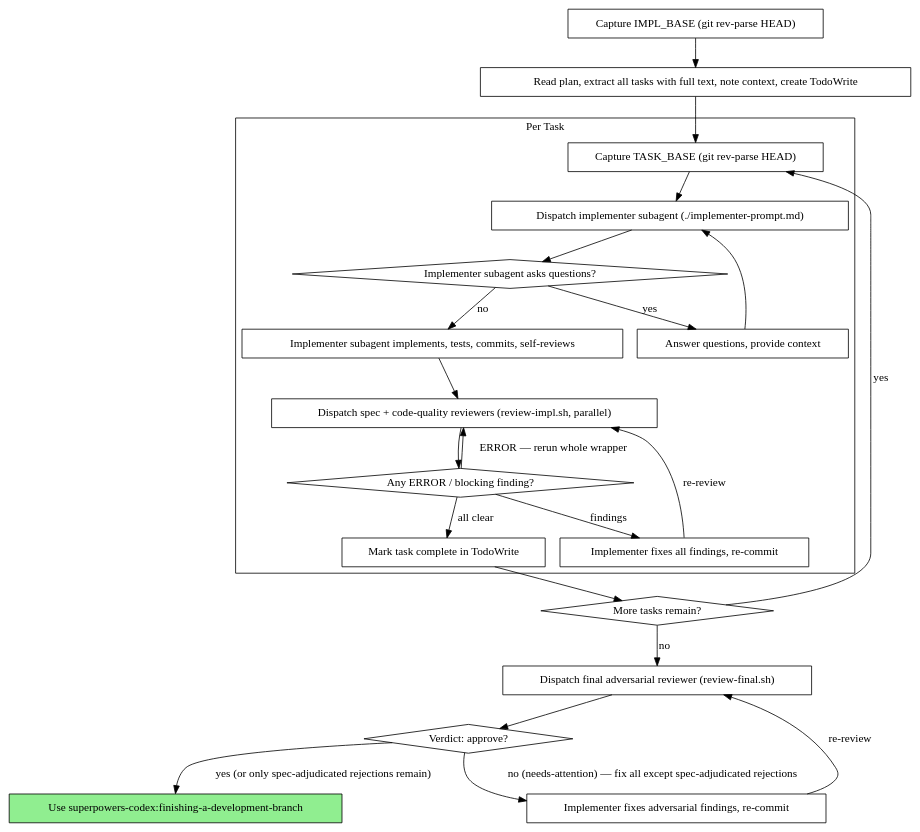
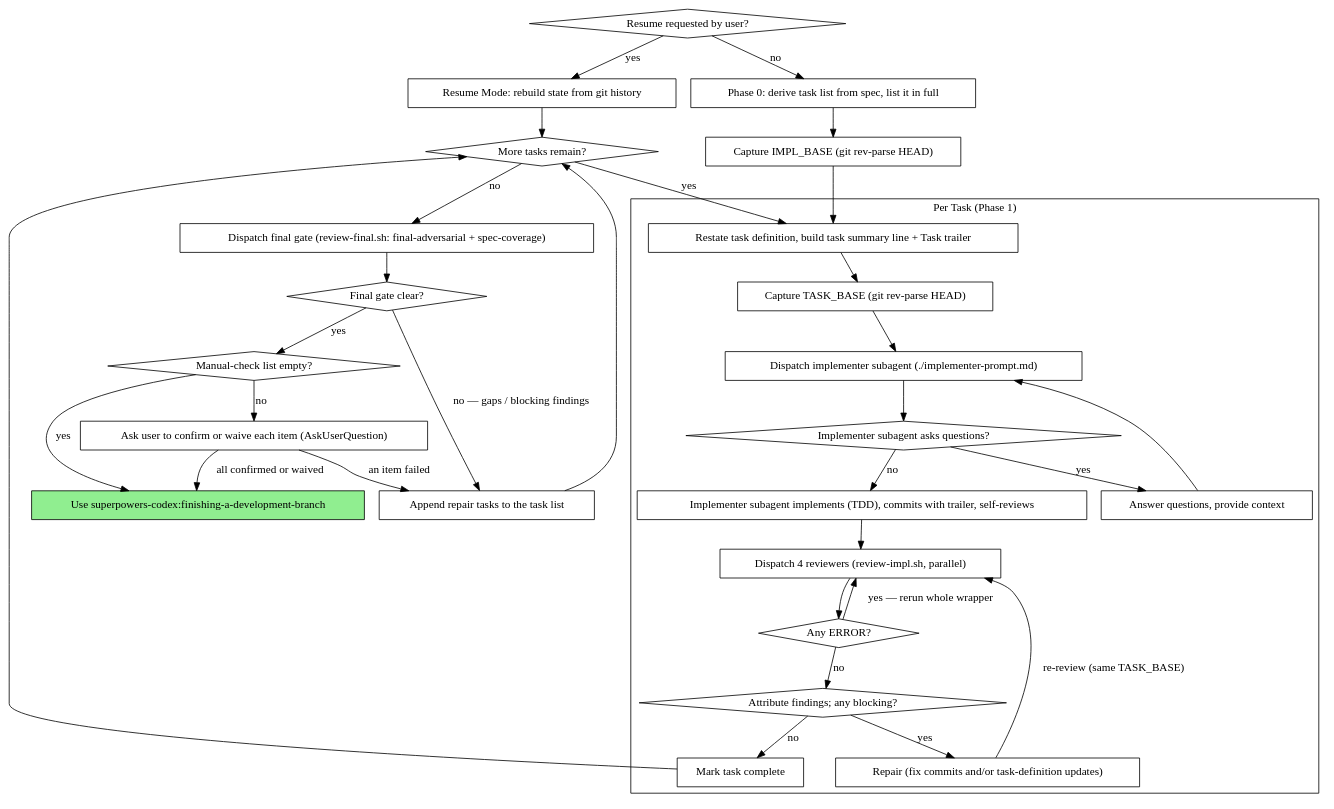
Before and after one commit to stu43005/superpowers-codex: the second of 2 diagrams in skills/subagent-driven-development/SKILL.md, drawn with Graphviz. The commit also changed other lines of this file, not shown here.

First line of the commit message:
feat!: execute approved specs directly without an implementation plan

````diff
--- a/skills/subagent-driven-development/SKILL.md
+++ b/skills/subagent-driven-development/SKILL.md
@@ -34,47 +43,62 @@
 ```dot
 digraph process {
     rankdir=TB;
 
     subgraph cluster_per_task {
-        label="Per Task";
+        label="Per Task (Phase 1)";
+        "Restate task definition, build task summary line + Task trailer" [shape=box];
         "Capture TASK_BASE (git rev-parse HEAD)" [shape=box];
         "Dispatch implementer subagent (./implementer-prompt.md)" [shape=box];
         "Implementer subagent asks questions?" [shape=diamond];
         "Answer questions, provide context" [shape=box];
-        "Implementer subagent implements, tests, commits, self-reviews" [shape=box];
-        "Dispatch spec + code-quality reviewers (review-impl.sh, parallel)" [shape=box];
-        "Any ERROR / blocking finding?" [shape=diamond];
-        "Implementer fixes all findings, re-commit" [shape=box];
-        "Mark task complete in TodoWrite" [shape=box];
+        "Implementer subagent implements (TDD), commits with trailer, self-reviews" [shape=box];
+        "Dispatch 4 reviewers (review-impl.sh, parallel)" [shape=box];
+        "Any ERROR?" [shape=diamond];
+        "Attribute findings; any blocking?" [shape=diamond];
+        "Repair (fix commits and/or task-definition updates)" [shape=box];
+        "Mark task complete" [shape=box];
     }
 
+    "Resume requested by user?" [shape=diamond];
+    "Resume Mode: rebuild state from git history" [shape=box];
+    "Phase 0: derive task list from spec, list it in full" [shape=box];
     "Capture IMPL_BASE (git rev-parse HEAD)" [shape=box];
-    "Read plan, extract all tasks with full text, note context, create TodoWrite" [shape=box];
     "More tasks remain?" [shape=diamond];
-    "Dispatch final adversarial reviewer (review-final.sh)" [shape=box];
-    "Verdict: approve?" [shape=diamond];
-    "Implementer fixes adversarial findings, re-commit" [shape=box];
+    "Dispatch final gate (review-final.sh: final-adversarial + spec-coverage)" [shape=box];
+    "Final gate clear?" [shape=diamond];
+    "Append repair tasks to the task list" [shape=box];
+    "Manual-check list empty?" [shape=diamond];
+    "Ask user to confirm or waive each item (AskUserQuestion)" [shape=box];
     "Use superpowers-codex:finishing-a-development-branch" [shape=box style=filled fillcolor=lightgreen];
 
-    "Capture IMPL_BASE (git rev-parse HEAD)" -> "Read plan, extract all tasks with full text, note context, create TodoWrite";
-    "Read plan, extract all tasks with full text, note context, create TodoWrite" -> "Capture TASK_BASE (git rev-parse HEAD)";
+    "Resume requested by user?" -> "Phase 0: derive task list from spec, list it in full" [label="no"];
+    "Resume requested by user?" -> "Resume Mode: rebuild state from git history" [label="yes"];
+    "Resume Mode: rebuild state from git history" -> "More tasks remain?";
+    "Phase 0: derive task list from spec, list it in full" -> "Capture IMPL_BASE (git rev-parse HEAD)";
+    "Capture IMPL_BASE (git rev-parse HEAD)" -> "Restate task definition, build task summary line + Task trailer";
+    "Restate task definition, build task summary line + Task trailer" -> "Capture TASK_BASE (git rev-parse HEAD)";
     "Capture TASK_BASE (git rev-parse HEAD)" -> "Dispatch implementer subagent (./implementer-prompt.md)";
     "Dispatch implementer subagent (./implementer-prompt.md)" -> "Implementer subagent asks questions?";
     "Implementer subagent asks questions?" -> "Answer questions, provide context" [label="yes"];
     "Answer questions, provide context" -> "Dispatch implementer subagent (./implementer-prompt.md)";
-    "Implementer subagent asks questions?" -> "Implementer subagent implements, tests, commits, self-reviews" [label="no"];
-    "Implementer subagent implements, tests, commits, self-reviews" -> "Dispatch spec + code-quality reviewers (review-impl.sh, parallel)";
-    "Dispatch spec + code-quality reviewers (review-impl.sh, parallel)" -> "Any ERROR / blocking finding?";
-    "Any ERROR / blocking finding?" -> "Dispatch spec + code-quality reviewers (review-impl.sh, parallel)" [label="ERROR — rerun whole wrapper"];
-    "Any ERROR / blocking finding?" -> "Implementer fixes all findings, re-commit" [label="findings"];
-    "Implementer fixes all findings, re-commit" -> "Dispatch spec + code-quality reviewers (review-impl.sh, parallel)" [label="re-review"];
-    "Any ERROR / blocking finding?" -> "Mark task complete in TodoWrite" [label="all clear"];
-    "Mark task complete in TodoWrite" -> "More tasks remain?";
-    "More tasks remain?" -> "Capture TASK_BASE (git rev-parse HEAD)" [label="yes"];
-    "More tasks remain?" -> "Dispatch final adversarial reviewer (review-final.sh)" [label="no"];
-    "Dispatch final adversarial reviewer (review-final.sh)" -> "Verdict: approve?";
-    "Verdict: approve?" -> "Implementer fixes adversarial findings, re-commit" [label="no (needs-attention) — fix all except spec-adjudicated rejections"];
-    "Implementer fixes adversarial findings, re-commit" -> "Dispatch final adversarial reviewer (review-final.sh)" [label="re-review"];
-    "Verdict: approve?" -> "Use superpowers-codex:finishing-a-development-branch" [label="yes (or only spec-adjudicated rejections remain)"];
+    "Implementer subagent asks questions?" -> "Implementer subagent implements (TDD), commits with trailer, self-reviews" [label="no"];
+    "Implementer subagent implements (TDD), commits with trailer, self-reviews" -> "Dispatch 4 reviewers (review-impl.sh, parallel)";
+    "Dispatch 4 reviewers (review-impl.sh, parallel)" -> "Any ERROR?";
+    "Any ERROR?" -> "Dispatch 4 reviewers (review-impl.sh, parallel)" [label="yes — rerun whole wrapper"];
+    "Any ERROR?" -> "Attribute findings; any blocking?" [label="no"];
+    "Attribute findings; any blocking?" -> "Repair (fix commits and/or task-definition updates)" [label="yes"];
+    "Repair (fix commits and/or task-definition updates)" -> "Dispatch 4 reviewers (review-impl.sh, parallel)" [label="re-review (same TASK_BASE)"];
+    "Attribute findings; any blocking?" -> "Mark task complete" [label="no"];
+    "Mark task complete" -> "More tasks remain?";
+    "More tasks remain?" -> "Restate task definition, build task summary line + Task trailer" [label="yes"];
+    "More tasks remain?" -> "Dispatch final gate (review-final.sh: final-adversarial + spec-coverage)" [label="no"];
+    "Dispatch final gate (review-final.sh: final-adversarial + spec-coverage)" -> "Final gate clear?";
+    "Final gate clear?" -> "Append repair tasks to the task list" [label="no — gaps / blocking findings"];
+    "Append repair tasks to the task list" -> "More tasks remain?";
+    "Final gate clear?" -> "Manual-check list empty?" [label="yes"];
+    "Manual-check list empty?" -> "Use superpowers-codex:finishing-a-development-branch" [label="yes"];
+    "Manual-check list empty?" -> "Ask user to confirm or waive each item (AskUserQuestion)" [label="no"];
+    "Ask user to confirm or waive each item (AskUserQuestion)" -> "Use superpowers-codex:finishing-a-development-branch" [label="all confirmed or waived"];
+    "Ask user to confirm or waive each item (AskUserQuestion)" -> "Append repair tasks to the task list" [label="an item failed"];
 }
 ```
````
